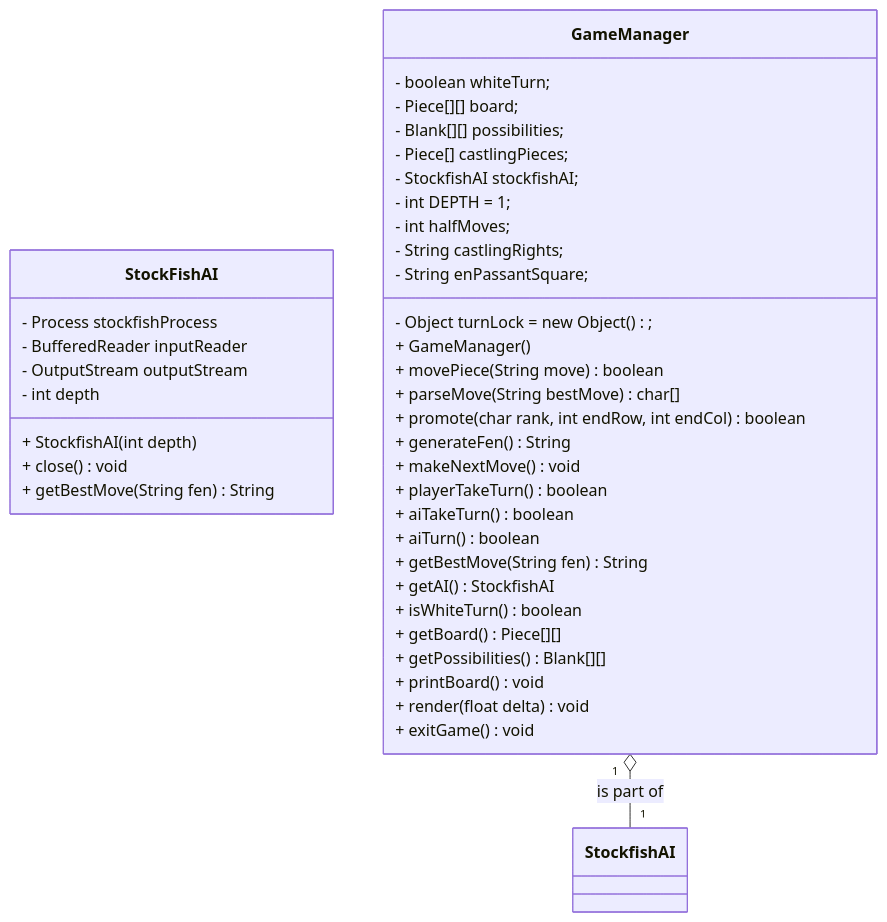
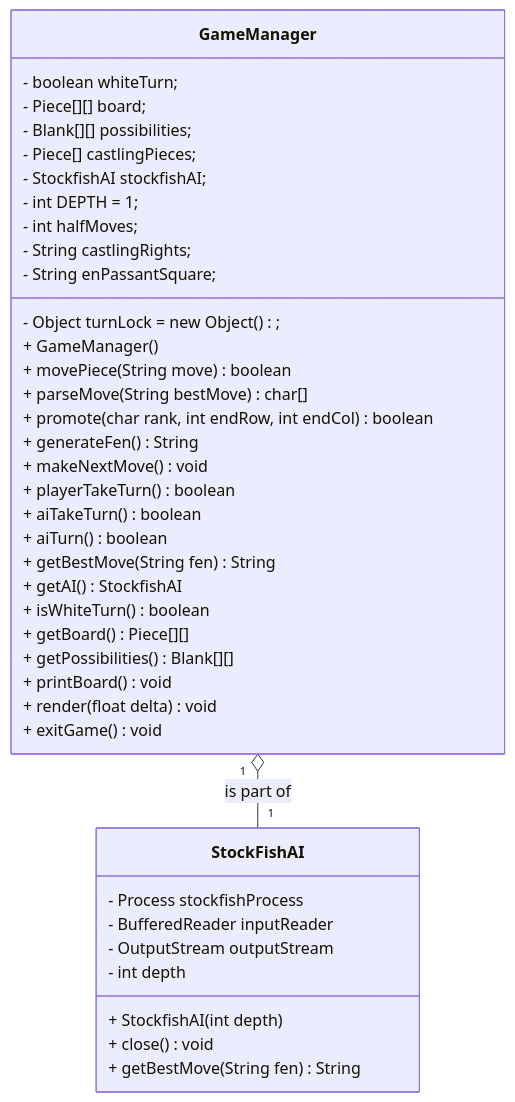
One commit to cis3296f24/gameroomgdx changed the diagram in ClassDiagram.md. Above: the diagram before and after it, drawn with Mermaid.

Commit message:
game manager and stockfish relationship

````diff
--- a/ClassDiagram.md
+++ b/ClassDiagram.md
@@ -3,45 +3,45 @@
 ```mermaid 
 classDiagram
     class StockFishAI{
         - Process stockfishProcess
         - BufferedReader inputReader
         - OutputStream outputStream
         - int depth
         + StockfishAI(int depth)
         + close() void
         + getBestMove(String fen) String
     }
       class GameManager{
        - Object turnLock = new Object();
        - boolean whiteTurn;
        - Piece[][] board;
        - Blank[][] possibilities;
        -  Piece[] castlingPieces;
        - StockfishAI stockfishAI;
        - int DEPTH = 1;
        - int halfMoves;
        - String castlingRights;
        - String enPassantSquare;
        + GameManager()
        + movePiece(String move) boolean
        + parseMove(String bestMove) char[]
        + promote(char rank, int endRow, int endCol) boolean
        + generateFen() String
        + makeNextMove() void
        + playerTakeTurn() boolean
        + aiTakeTurn() boolean
        + aiTurn() boolean
        + getBestMove(String fen) String
        + getAI() StockfishAI
        + isWhiteTurn() boolean
        + getBoard() Piece[][]
        + getPossibilities() Blank[][]
        + printBoard() void
        + render(float delta) void
        + exitGame() void
    
    }
-    GameManager "1" o-- "1" StockfishAI : is part of
+    GameManager "1" o-- "1" StockFishAI : is part of
 
 
 ```
````
